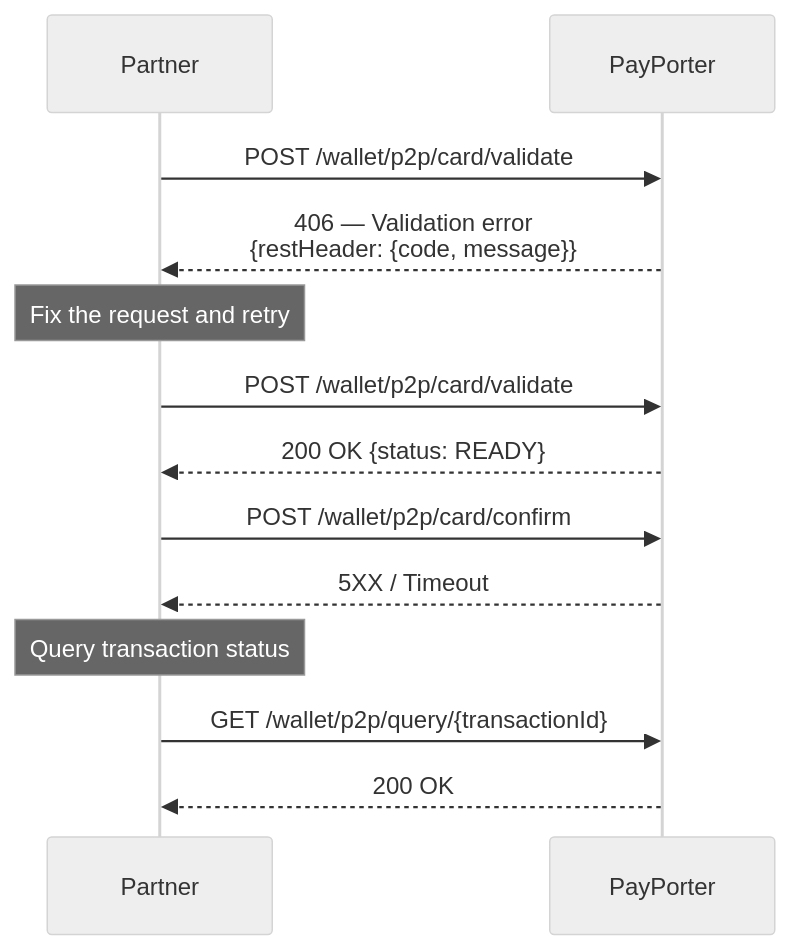
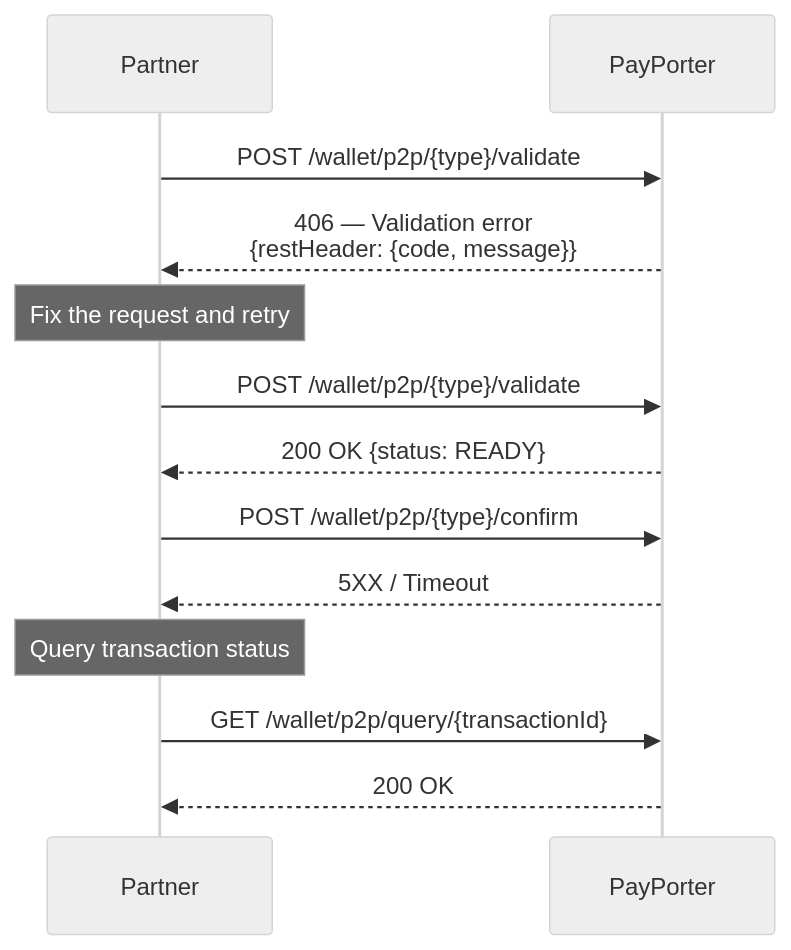
Before and after one commit to commitup/api-doc-v2: the second of 2 diagrams in docs/whitelabel-wallet-v2/flow-diagrams.md, drawn with Mermaid (neutral theme). The commit also changed other lines of this file and 11 other files, not shown here.

Commit message:
refactor: standardize P2P transfer documentation and expand parameter collection guides for account and card flows.

````diff
--- a/docs/whitelabel-wallet-v2/flow-diagrams.md
+++ b/docs/whitelabel-wallet-v2/flow-diagrams.md
@@ -39,17 +39,17 @@
 ```mermaid
 sequenceDiagram
     participant Partner
     participant PayPorter
 
-    Partner->>PayPorter: POST /wallet/p2p/card/validate
+    Partner->>PayPorter: POST /wallet/p2p/{type}/validate
     PayPorter-->>Partner: 406 — Validation error<br/>{restHeader: {code, message}}
     Note over Partner: Fix the request and retry
 
-    Partner->>PayPorter: POST /wallet/p2p/card/validate
+    Partner->>PayPorter: POST /wallet/p2p/{type}/validate
     PayPorter-->>Partner: 200 OK {status: READY}
-    Partner->>PayPorter: POST /wallet/p2p/card/confirm
+    Partner->>PayPorter: POST /wallet/p2p/{type}/confirm
     PayPorter-->>Partner: 5XX / Timeout
     Note over Partner: Query transaction status
     Partner->>PayPorter: GET /wallet/p2p/query/{transactionId}
     PayPorter-->>Partner: 200 OK
 ```
````
